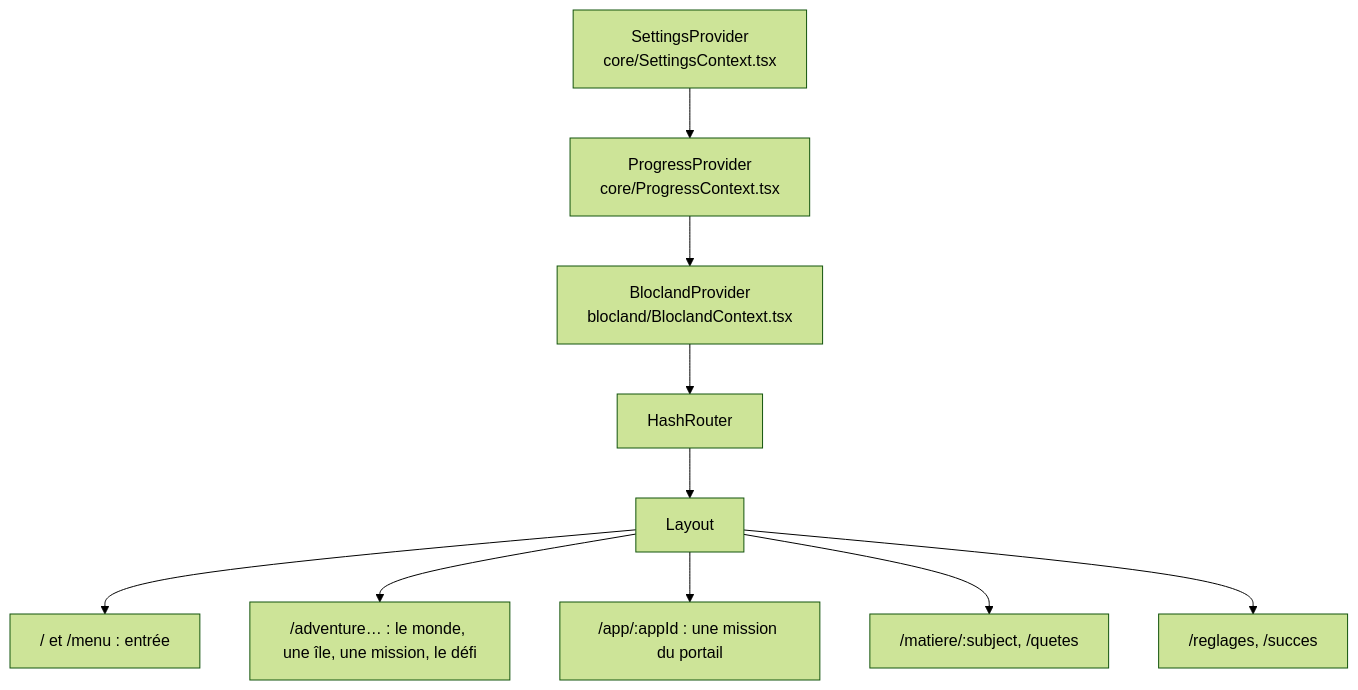
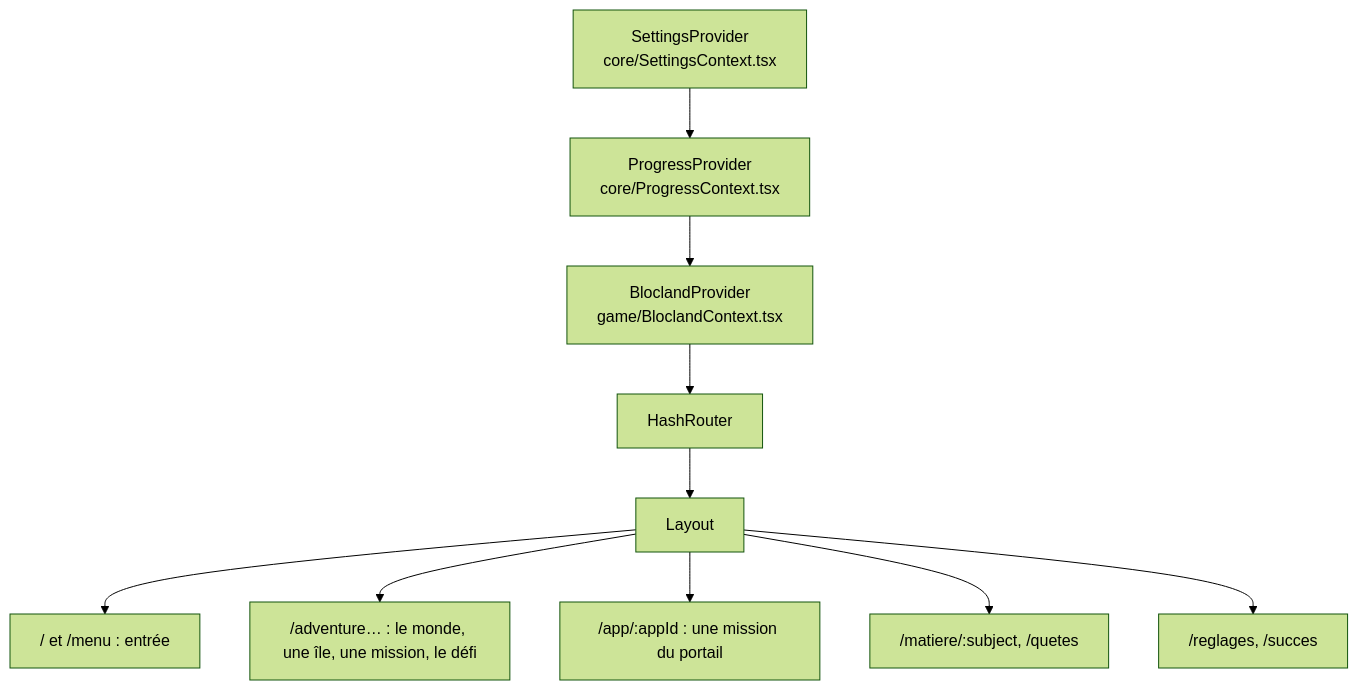
Before and after one commit to g7ed6e/dysapps: the third of 4 diagrams in docs/architecture/index.md, drawn with Mermaid (forest theme). The commit also changed other lines of this file and 848 other files, not shown here.

First line of the commit message:
Qualité du code, lot 10 : src/blocland devient src/game (#360)

````diff
--- a/docs/architecture/index.md
+++ b/docs/architecture/index.md
@@ -73,12 +73,12 @@
 ```mermaid
 flowchart TD
   Settings[SettingsProvider<br/>core/SettingsContext.tsx] --> Progress[ProgressProvider<br/>core/ProgressContext.tsx]
-  Progress --> Blocland[BloclandProvider<br/>blocland/BloclandContext.tsx]
+  Progress --> Blocland[BloclandProvider<br/>game/BloclandContext.tsx]
   Blocland --> Router[HashRouter]
   Router --> Layout[Layout]
   Layout --> R1["/ et /menu : entrée"]
   Layout --> R2["/adventure… : le monde, une île, une mission, le défi"]
   Layout --> R3["/app/:appId : une mission du portail"]
   Layout --> R4["/matiere/:subject, /quetes"]
   Layout --> R5["/reglages, /succes"]
 ```
````
